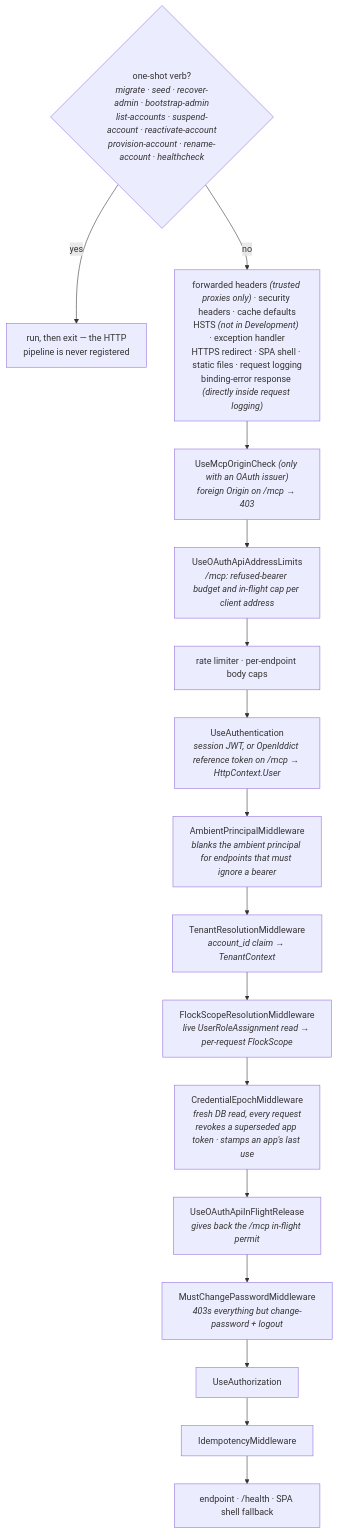
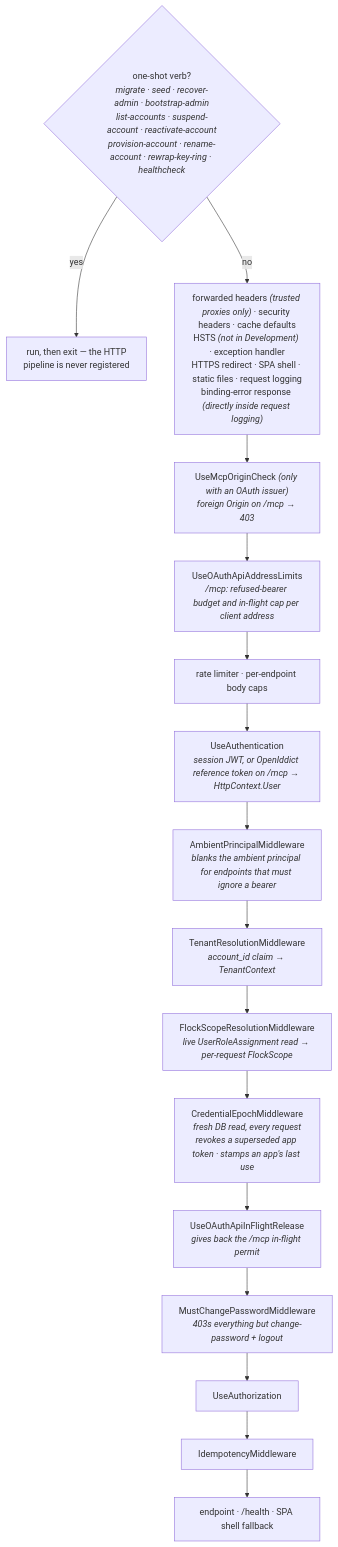
One commit to mforce/cluckwork changed the fourth of 7 diagrams in docs/architecture.md. Above: the diagram before and after it, drawn with Mermaid. The commit also changed 4 other files, not shown here.

First line of the commit message:
docs(data-protection): rewrap-key-ring review r1 corrections

````diff
--- a/docs/architecture.md
+++ b/docs/architecture.md
@@ -125,21 +125,21 @@
 ```mermaid
 flowchart TD
-    CLI{"one-shot verb?<br/><i>migrate · seed · recover-admin · bootstrap-admin<br/>list-accounts · suspend-account · reactivate-account<br/>provision-account · rename-account · healthcheck</i>"}
+    CLI{"one-shot verb?<br/><i>migrate · seed · recover-admin · bootstrap-admin<br/>list-accounts · suspend-account · reactivate-account<br/>provision-account · rename-account · rewrap-key-ring · healthcheck</i>"}
     CLI -->|yes| EXIT["run, then exit — the HTTP<br/>pipeline is never registered"]
     CLI -->|no| EDGE
 
     EDGE["forwarded headers <i>(trusted proxies only)</i> · security headers · cache defaults<br/>HSTS <i>(not in Development)</i> · exception handler<br/>HTTPS redirect · SPA shell · static files · request logging<br/>binding-error response <i>(directly inside request logging)</i>"]
     EDGE --> ORIGIN["UseMcpOriginCheck <i>(only with an OAuth issuer)</i><br/><i>foreign Origin on /mcp → 403</i>"]
     ORIGIN --> ADDRESS["UseOAuthApiAddressLimits<br/><i>/mcp: refused-bearer budget and in-flight cap per client address</i>"]
     ADDRESS --> LIMITS["rate limiter · per-endpoint body caps"]
     LIMITS --> AUTHN["UseAuthentication<br/><i>session JWT, or OpenIddict reference token on /mcp → HttpContext.User</i>"]
     AUTHN --> AMBIENT["AmbientPrincipalMiddleware<br/><i>blanks the ambient principal for endpoints that must ignore a bearer</i>"]
     AMBIENT --> TENANT["TenantResolutionMiddleware<br/><i>account_id claim → TenantContext</i>"]
     TENANT --> FLOCKSCOPE["FlockScopeResolutionMiddleware<br/><i>live UserRoleAssignment read → per-request FlockScope</i>"]
     FLOCKSCOPE --> EPOCH["CredentialEpochMiddleware<br/><i>fresh DB read, every request<br/>revokes a superseded app token · stamps an app's last use</i>"]
     EPOCH --> RELEASE["UseOAuthApiInFlightRelease<br/><i>gives back the /mcp in-flight permit</i>"]
     RELEASE --> MUSTCHANGE["MustChangePasswordMiddleware<br/><i>403s everything but change-password + logout</i>"]
     MUSTCHANGE --> AUTHZ["UseAuthorization"]
     AUTHZ --> IDEM["IdempotencyMiddleware"]
     IDEM --> ENDPOINT["endpoint · /health · SPA shell fallback"]
 ```
````
